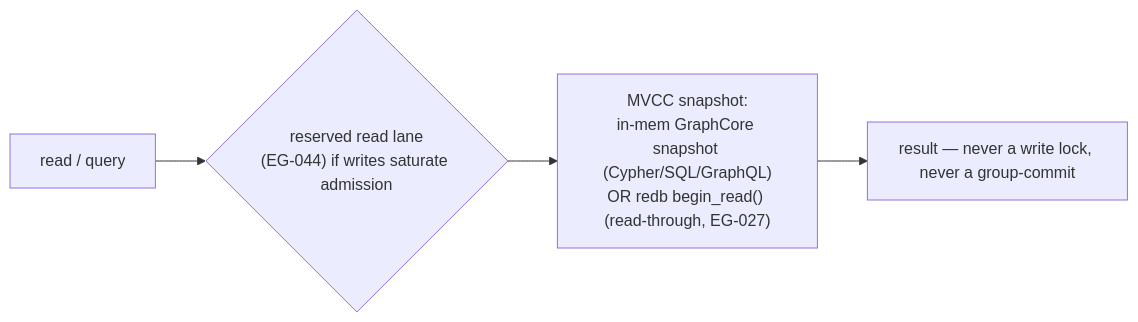
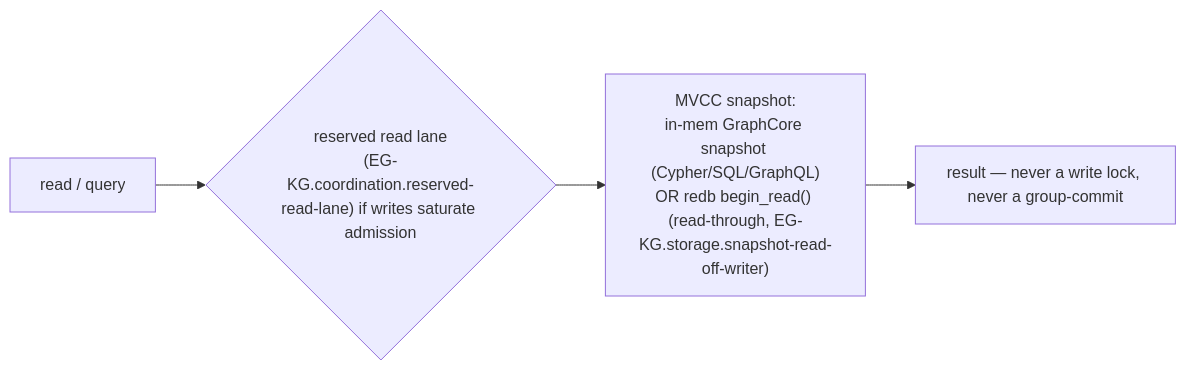
One commit to Knuckles-Team/epistemic-graph changed the third of 3 diagrams in docs/architecture/scaling_program.md. Above: the diagram before and after it, drawn with Mermaid. The commit also changed other lines of this file and 469 other files, not shown here.

````diff
--- a/docs/architecture/scaling_program.md
+++ b/docs/architecture/scaling_program.md
@@ -134,9 +134,9 @@
 ```mermaid
 flowchart LR
     R["read / query"]
-    LANE{"reserved read lane<br/>(EG-044) if writes saturate admission"}
-    SNAP["MVCC snapshot:<br/>in-mem GraphCore snapshot (Cypher/SQL/GraphQL)<br/>OR redb begin_read() (read-through, EG-027)"]
+    LANE{"reserved read lane<br/>(EG-KG.coordination.reserved-read-lane) if writes saturate admission"}
+    SNAP["MVCC snapshot:<br/>in-mem GraphCore snapshot (Cypher/SQL/GraphQL)<br/>OR redb begin_read() (read-through, EG-KG.storage.snapshot-read-off-writer)"]
     RESULT["result — never a write lock, never a group-commit"]
 
     R --> LANE --> SNAP --> RESULT
 ```
````
